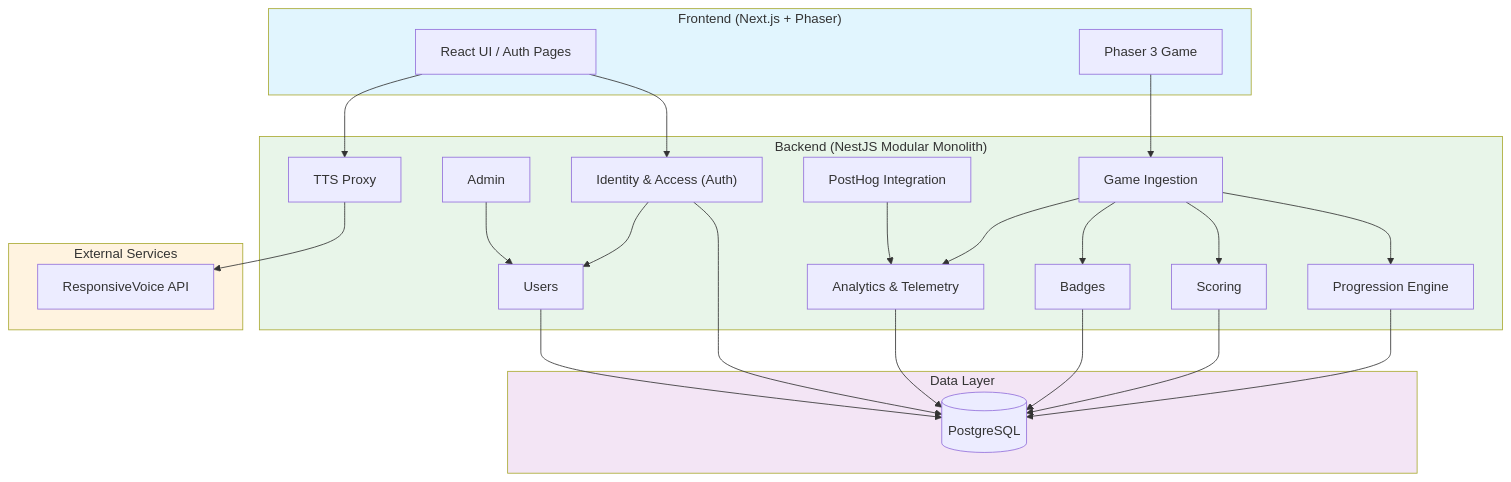
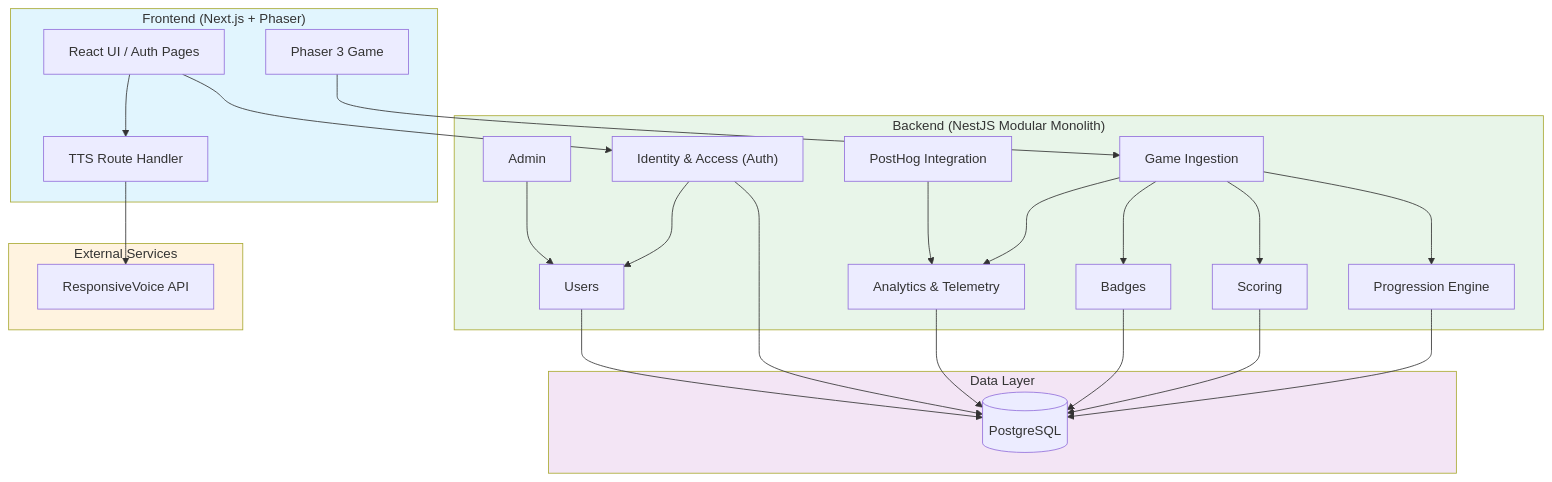
One commit to Labs-de-Games/guardiao-da-cultura changed the diagram in docs/ARCHITECTURE.md. Above: the diagram before and after it, drawn with Mermaid. The commit also changed other lines of this file, not shown here.

First line of the commit message:
docs: update ARCHITECTURE.md for TTS Route Handler

````diff
--- a/docs/ARCHITECTURE.md
+++ b/docs/ARCHITECTURE.md
@@ -57,51 +57,51 @@
 ```mermaid
 flowchart TB
     subgraph Frontend["Frontend (Next.js + Phaser)"]
         UI["React UI / Auth Pages"]
         Game["Phaser 3 Game"]
+        TTS["TTS Route Handler"]
     end
 
     subgraph Backend["Backend (NestJS Modular Monolith)"]
         Auth["Identity & Access (Auth)"]
         Users["Users"]
         GameBE["Game Ingestion"]
         Progression["Progression Engine"]
         Scoring["Scoring"]
         Badges["Badges"]
         Analytics["Analytics & Telemetry"]
         PostHogBE["PostHog Integration"]
         Admin["Admin"]
-        TTS["TTS Proxy"]
     end
 
     subgraph External["External Services"]
         ExternalRV["ResponsiveVoice API"]
     end
 
     subgraph Data["Data Layer"]
         DB[(PostgreSQL)]
     end
 
     UI --> Auth
     Game --> GameBE
     UI --> TTS
     GameBE --> Progression
     GameBE --> Scoring
     GameBE --> Badges
     GameBE --> Analytics
     Auth --> Users
     Admin --> Users
     TTS --> ExternalRV
     Progression --> DB
     Scoring --> DB
     Badges --> DB
     Analytics --> DB
     Auth --> DB
     Users --> DB
     PostHogBE --> Analytics
 
     style Frontend fill:#e1f5fe
     style Backend fill:#e8f5e9
     style Data fill:#f3e5f5
     style External fill:#fff3e0
 ```
````
